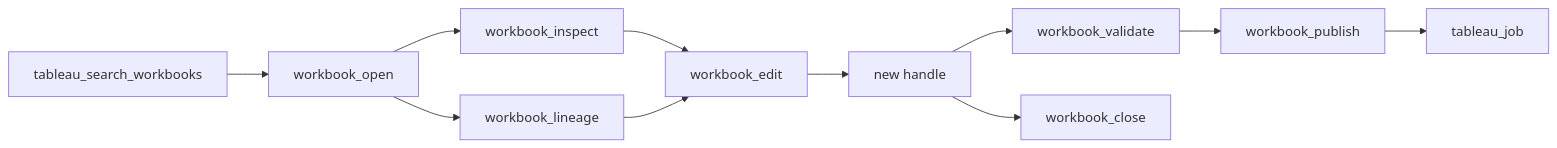
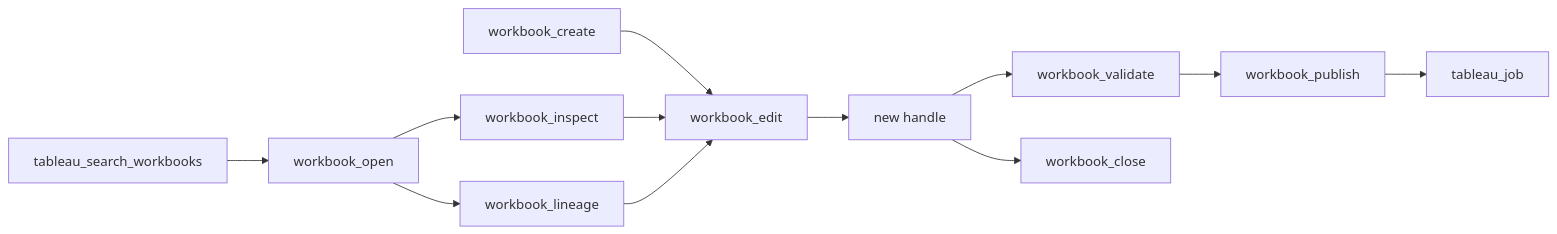
One commit to agredyaev/tabkit changed the first of 2 diagrams in docs/MCP.md. Above: the diagram before and after it, drawn with Mermaid. The commit also changed other lines of this file and 6 other files, not shown here.

````diff
--- a/docs/MCP.md
+++ b/docs/MCP.md
@@ -24,13 +24,14 @@
 ```mermaid
 flowchart LR
+    create["workbook_create"] --> edit["workbook_edit"]
     search["tableau_search_workbooks"] --> open["workbook_open"]
     open --> inspect["workbook_inspect"]
     open --> lineage["workbook_lineage"]
     inspect --> edit["workbook_edit"]
     lineage --> edit
     edit --> candidate["new handle"]
     candidate --> validate["workbook_validate"]
     validate --> publish["workbook_publish"]
     publish --> job["tableau_job"]
     candidate --> close["workbook_close"]
 ```
````
